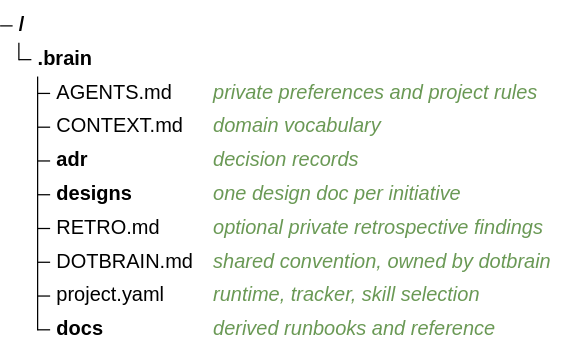
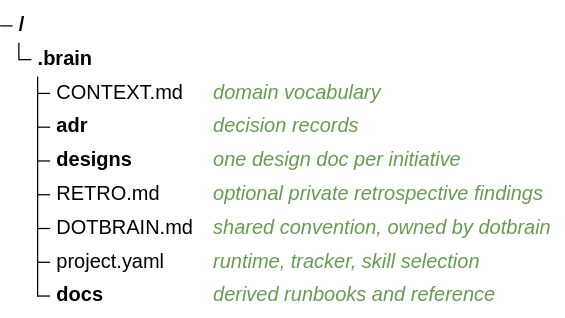
The second of 3 diagrams in docs/architecture.md (arminzou/dotbrain), drawn with Mermaid before and after one commit. The commit also changed other lines of this file and 33 other files, not shown here.

````diff
--- a/docs/architecture.md
+++ b/docs/architecture.md
@@ -65,13 +65,12 @@
 ```mermaid
 treeView-beta
   accTitle: The files and folders of a Brain
   .brain/
-    AGENTS.md ## private preferences and project rules
     CONTEXT.md ## domain vocabulary
     adr/ ## decision records
     designs/ ## one design doc per initiative
     RETRO.md ## optional private retrospective findings
     DOTBRAIN.md ## shared convention, owned by dotbrain
     project.yaml ## runtime, tracker, skill selection
     docs/ ## derived runbooks and reference
 ```
````
